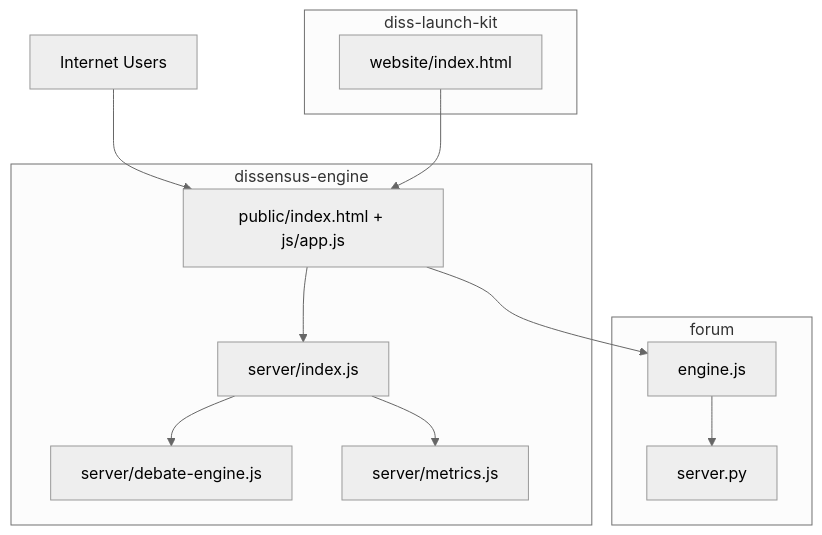
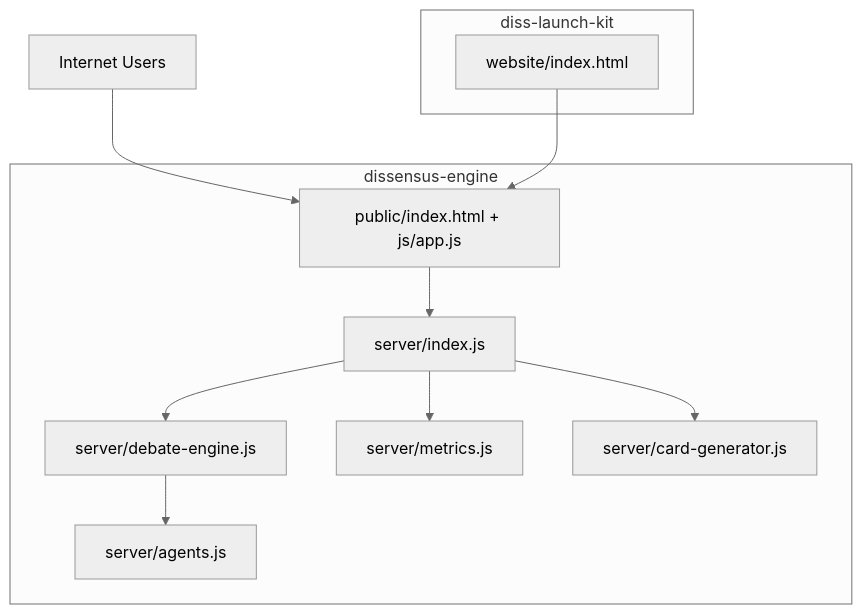
One commit to RunTimeAdmin/tri-ai changed the first of 11 diagrams in .qoder/repowiki/en/content/System Architecture/System Architecture.md. Above: the diagram before and after it, drawn with Mermaid (neutral theme). The commit also changed other lines of this file and 21 other files, not shown here.

````diff
--- a/.qoder/repowiki/en/content/System Architecture/System Architecture.md
+++ b/.qoder/repowiki/en/content/System Architecture/System Architecture.md
@@ -54,23 +54,21 @@
 ```mermaid
 graph TB
 subgraph "dissensus-engine"
 A_index["server/index.js"]
 A_debate["server/debate-engine.js"]
 A_metrics["server/metrics.js"]
+A_card["server/card-generator.js"]
+A_agents["server/agents.js"]
 A_ui["public/index.html + js/app.js"]
-end
-subgraph "forum"
-F_server["server.py"]
-F_engine["engine.js"]
 end
 subgraph "diss-launch-kit"
 L_index["website/index.html"]
 end
 Internet["Internet Users"] --> A_ui
 A_ui --> A_index
 A_index --> A_debate
 A_index --> A_metrics
-A_ui --> F_engine
-F_engine --> F_server
+A_index --> A_card
+A_debate --> A_agents
 L_index --> A_ui
 ```
````
